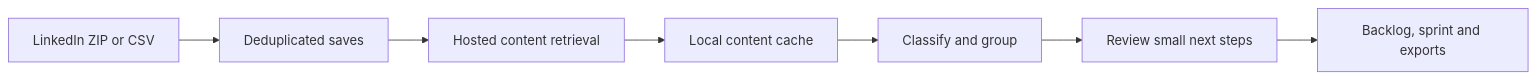
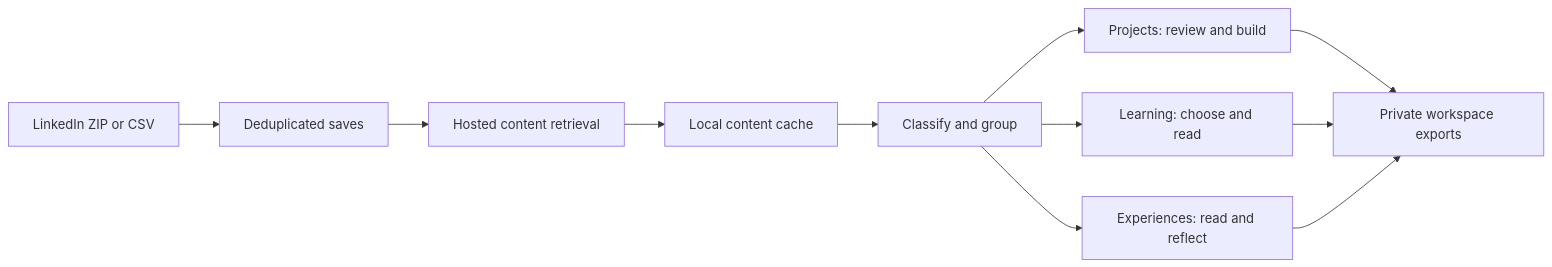
One commit to the-anantkumar/saved-to-shipped changed the diagram in README.md. Above: the diagram before and after it, drawn with Mermaid. The commit also changed other lines of this file and 8 other files, not shown here.

````diff
--- a/README.md
+++ b/README.md
@@ -53,9 +69,13 @@
 ```mermaid
 flowchart LR
     A[LinkedIn ZIP or CSV] --> B[Deduplicated saves]
     B --> C[Hosted content retrieval]
     C --> D[Local content cache]
     D --> E[Classify and group]
-    E --> F[Review small next steps]
-    F --> G[Backlog, sprint and exports]
+    E --> F[Projects: review and build]
+    E --> G[Learning: choose and read]
+    E --> H[Experiences: read and reflect]
+    F --> J[Private workspace exports]
+    G --> J
+    H --> J
 ```
````
